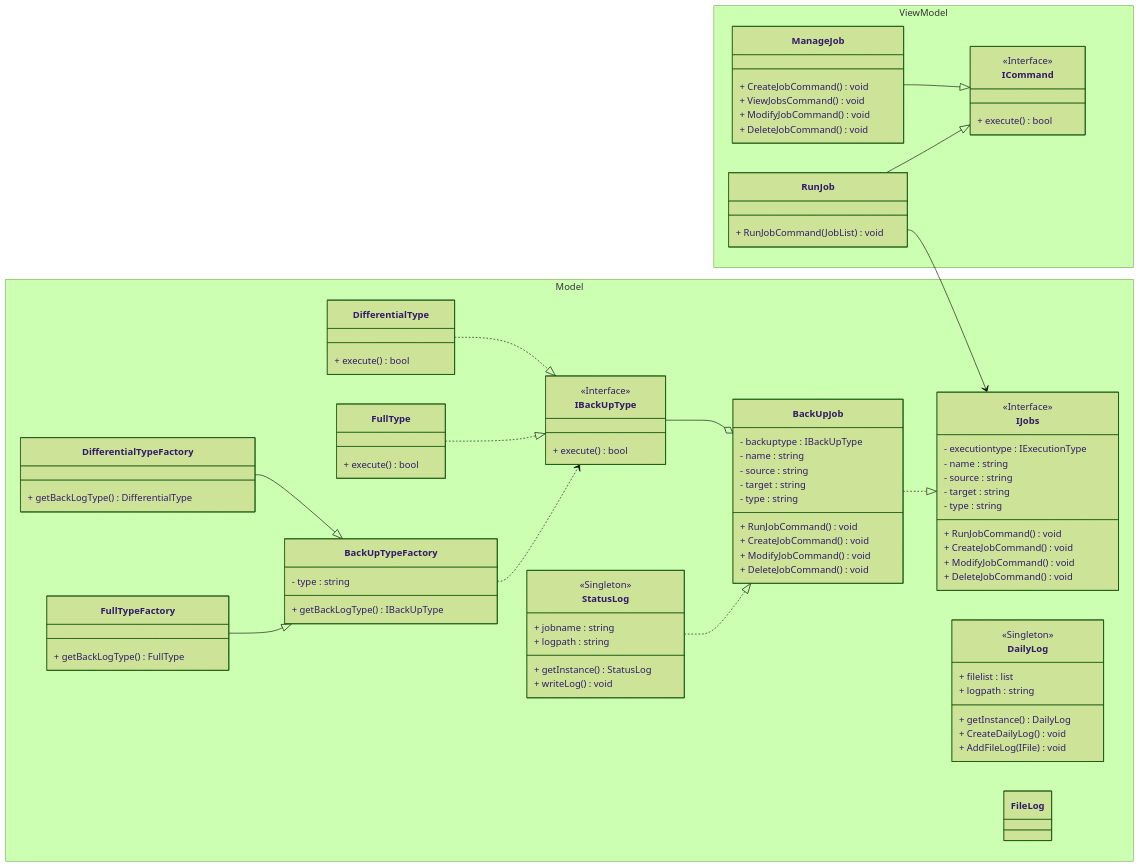
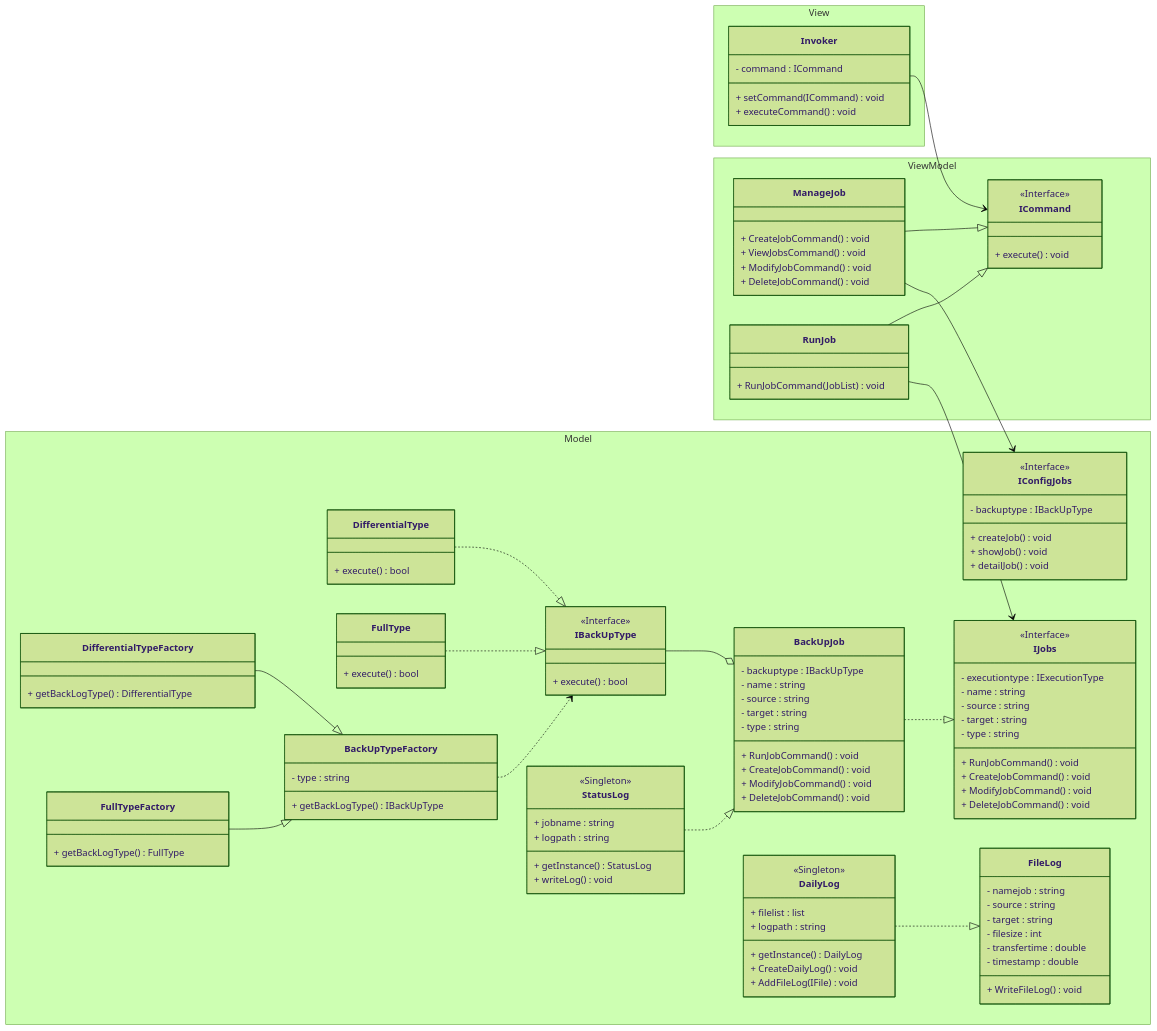
One commit to jgallern/EasySave changed the diagram in UML/class-diagram.mmd. Above: the diagram before and after it, drawn with Mermaid (forest theme).

Commit message:
v1 diagramme de classe

```diff
--- a/UML/class-diagram.mmd
+++ b/UML/class-diagram.mmd
@@ -1,117 +1,143 @@
 classDiagram
 direction LR
+
+namespace View{
+    class Invoker{
+        - command : ICommand
+        + setCommand(ICommand) void
+        + executeCommand() void
+    }
+}
 
 namespace ViewModel{
 
     class ManageJob{
         + CreateJobCommand() void
         + ViewJobsCommand() void
         + ModifyJobCommand() void
         + DeleteJobCommand() void
     }
 
     class ICommand{
-        + execute() bool
+        + execute() void
     }
 
     class RunJob{
         + RunJobCommand(JobList) void
     }
 }
 
 <<Interface>> ICommand
+
+Invoker --> ICommand
 
 ManageJob --|> ICommand
 RunJob --|> ICommand
 
 namespace Model{
     class IJobs{
         - executiontype : IExecutionType
         - name : string
         - source : string
         - target : string
         - type : string
         + RunJobCommand() void
         + CreateJobCommand() void
         + ModifyJobCommand() void
         + DeleteJobCommand() void
     }
 
     class BackUpJob{
         - backuptype : IBackUpType
         - name : string
         - source : string
         - target : string
         - type : string
         + RunJobCommand() void
         + CreateJobCommand() void
         + ModifyJobCommand() void
         + DeleteJobCommand() void
 
     }
 
     class IBackUpType{
         + execute() bool
     }
 
     class DifferentialType{
         + execute() bool
     }
 
     class FullType{
         + execute() bool
     }
 
     class BackUpTypeFactory {
         - type : string
         + getBackLogType() IBackUpType
     }
 
     class DifferentialTypeFactory{
         + getBackLogType() DifferentialType
     }
     
     class FullTypeFactory{
         + getBackLogType() FullType
     }
 
     class StatusLog{
         + jobname : string
         + logpath : string
         + getInstance() StatusLog
         + writeLog() void
     }
 
     class DailyLog{
         + filelist : list<IFile>
         + logpath : string
         + getInstance() DailyLog
         + CreateDailyLog() void
         + AddFileLog(IFile) void
     }
 
     class FileLog{
-        
+        - namejob : string
+        - source : string
+        - target : string
+        - filesize : int
+        - transfertime : double
+        - timestamp : double
+        + WriteFileLog() void
     }
-
+    
+    class IConfigJobs {
+        - backuptype : IBackUpType
+        + createJob() void
+        + showJob() void
+        + detailJob() void
+    }
 }
 
 <<Interface>> IJobs
 <<Interface>> IBackUpType
+<<Interface>> IConfigJobs
 <<Singleton>> StatusLog
 <<Singleton>> DailyLog
 
 
 
 RunJob --> IJobs
+ManageJob --> IConfigJobs
 BackUpJob ..|> IJobs
 
 IBackUpType --o BackUpJob
 DifferentialType ..|> IBackUpType
 FullType ..|> IBackUpType
 
 DifferentialTypeFactory --|> BackUpTypeFactory
 FullTypeFactory --|> BackUpTypeFactory
 BackUpTypeFactory ..> IBackUpType
 
 StatusLog ..|> BackUpJob
+
+DailyLog ..|> FileLog
```
